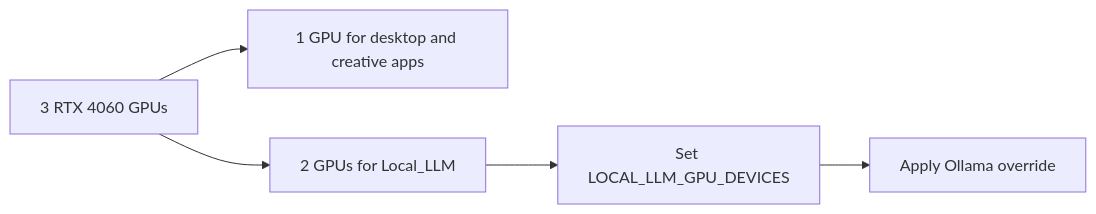
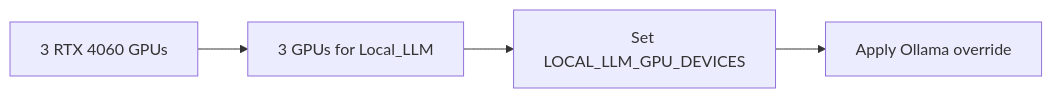
One commit to DanD-2/Local_Skippy changed the diagram in docs/gpu-reservation-and-layout.md. Above: the diagram before and after it, drawn with Mermaid. The commit also changed other lines of this file and 34 other files, not shown here.

````diff
--- a/docs/gpu-reservation-and-layout.md
+++ b/docs/gpu-reservation-and-layout.md
@@ -17,7 +16,7 @@
 ```mermaid
 flowchart LR
-	A[3 RTX 4060 GPUs] --> B[1 GPU for desktop and creative apps]
-	A --> C[2 GPUs for Local_LLM]
+	A[3 RTX 4060 GPUs]
+	A --> C[3 GPUs for Local_LLM]
 	C --> D[Set LOCAL_LLM_GPU_DEVICES]
 	D --> E[Apply Ollama override]
 ```
````
